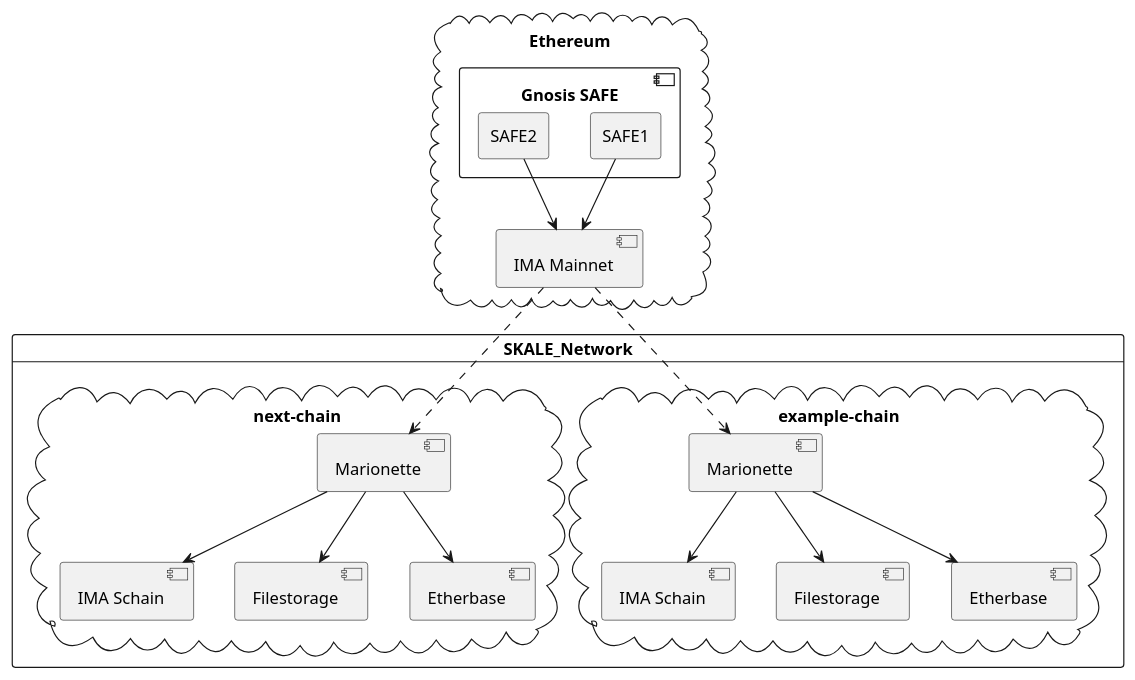
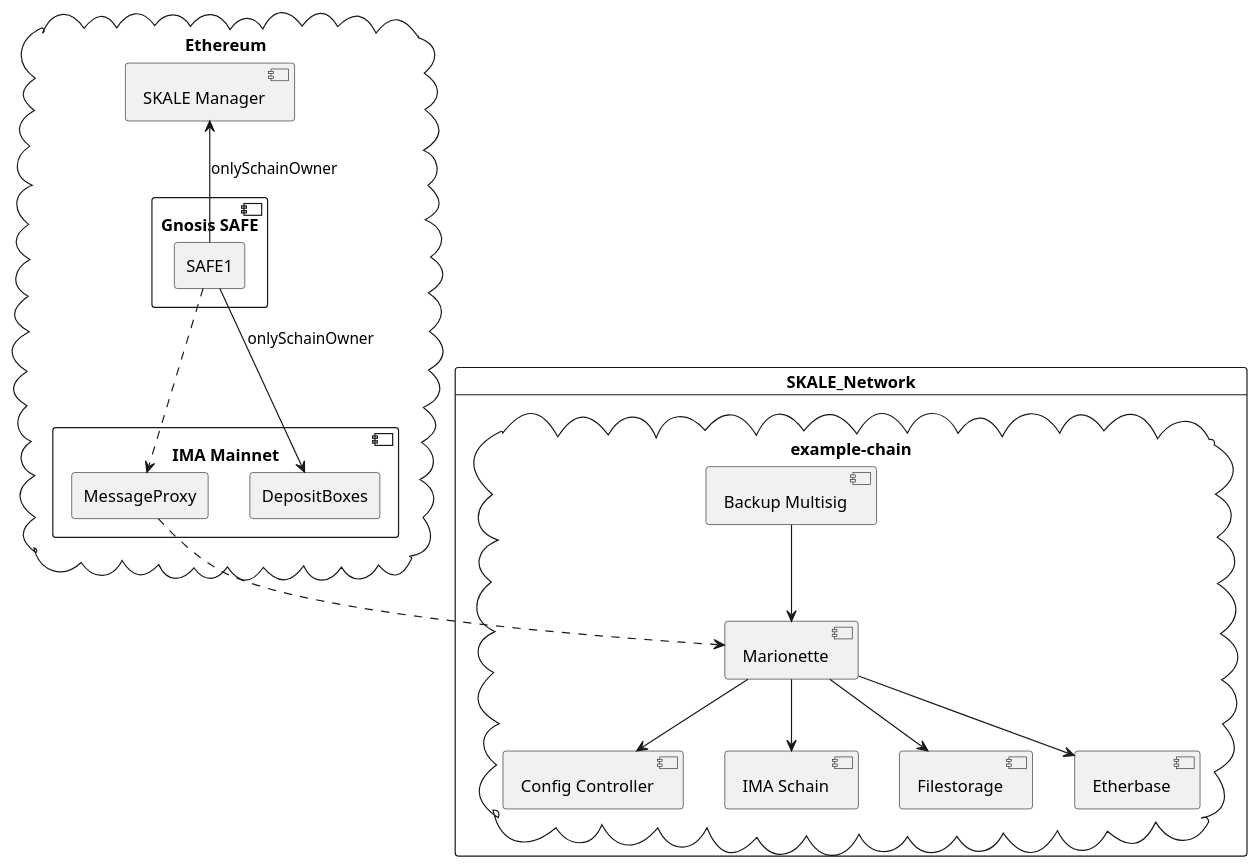
One commit to twizzworld/docs.skale.network changed the diagram in components/develop/modules/ROOT/pages/gnosis-safe-setup.adoc. Above: the diagram before and after it, drawn with PlantUML. The commit also changed other lines of this file and 1 other file, not shown here.

Commit message:
Clarify SAFE setup and usage

```diff
--- a/components/develop/modules/ROOT/pages/gnosis-safe-setup.adoc
+++ b/components/develop/modules/ROOT/pages/gnosis-safe-setup.adoc
@@ -9,41 +9,39 @@
 [plantuml]
 ....
 @startuml
 
 cloud Ethereum {
+    component "SKALE Manager" as sm
     component "Gnosis SAFE" {
         rectangle SAFE1
-        rectangle SAFE2
     }
-    component "IMA Mainnet" as im
+    component "IMA Mainnet" as im {
+        rectangle DepositBoxes as dp
+        rectangle MessageProxy as mp
+    }
 }
 
 card SKALE_Network {
     cloud "example-chain" as ec {
+        [Config Controller] as cc
         [IMA Schain] as is
         [Filestorage] as fs
         [Etherbase] as eb
         [Marionette] as mn
-    }
-    cloud "next-chain" as nc {
-        [IMA Schain] as is2
-        [Filestorage] as fs2
-        [Etherbase] as eb2
-        [Marionette] as mn2
+        [Backup Multisig] as msp
     }
     
 }
 
-SAFE1 --> im
-SAFE2 --> im
-im -[dashed]-> mn
-im -[dashed]-> mn2
+SAFE1 -[dashed]-> mp
+sm <-- SAFE1 : onlySchainOwner
+dp <-- SAFE1 : onlySchainOwner
+mp -[dashed]-> mn
+mn --> cc
 mn --> eb
 mn --> fs
 mn --> is
-mn2 --> eb2
-mn2 --> fs2
-mn2 --> is2
+msp --> mn
 
 @enduml
 ....
```
